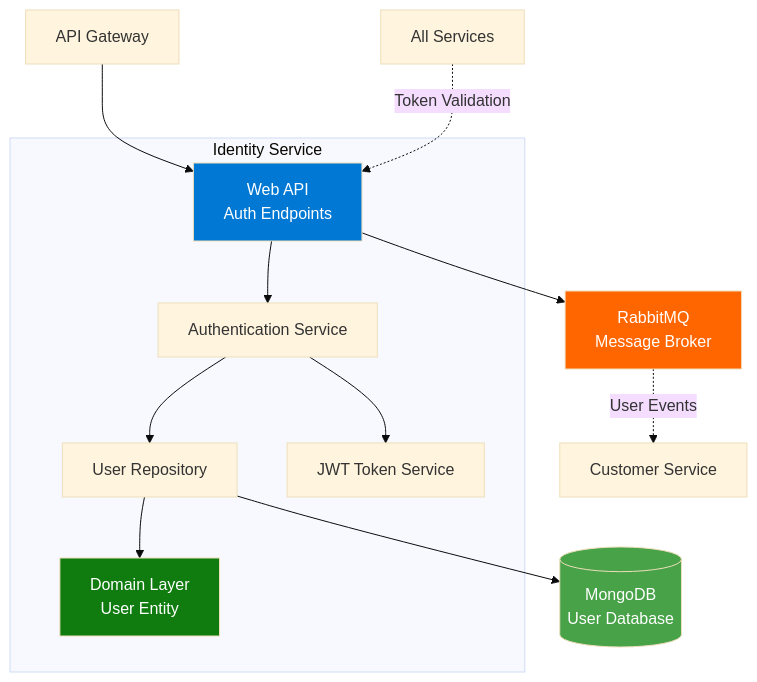
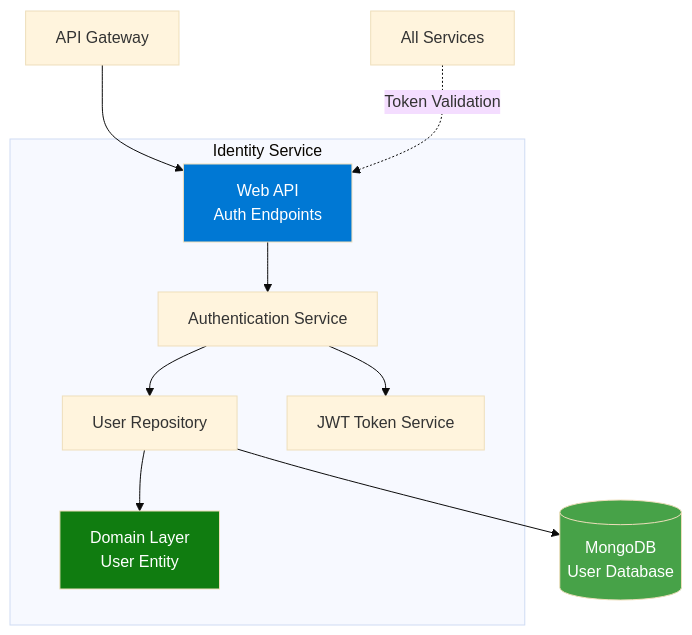
One commit to joriente/microservices changed the first of 4 diagrams in docs/Services/IdentityService.md. Above: the diagram before and after it, drawn with Mermaid (base theme). The commit also changed other lines of this file and 7 other files, not shown here.

````diff
--- a/docs/Services/IdentityService.md
+++ b/docs/Services/IdentityService.md
@@ -11,27 +11,24 @@
 ```mermaid
 graph TB
     subgraph "Identity Service"
         API[Web API<br/>Auth Endpoints]
         AuthService[Authentication Service]
         UserRepo[User Repository]
         TokenService[JWT Token Service]
         Domain[Domain Layer<br/>User Entity]
         
         API --> AuthService
         AuthService --> UserRepo
         AuthService --> TokenService
         UserRepo --> Domain
     end
     
-    API --> RabbitMQ[RabbitMQ<br/>Message Broker]
     UserRepo --> MongoDB[(MongoDB<br/>User Database)]
     
     Gateway[API Gateway] --> API
     AllServices[All Services] -.->|Token Validation| API
-    RabbitMQ -.->|User Events| CustomerService[Customer Service]
     
     style API fill:#0078d4,color:#fff
     style Domain fill:#107c10,color:#fff
     style MongoDB fill:#47A248,color:#fff
-    style RabbitMQ fill:#FF6600,color:#fff
 ```
````
